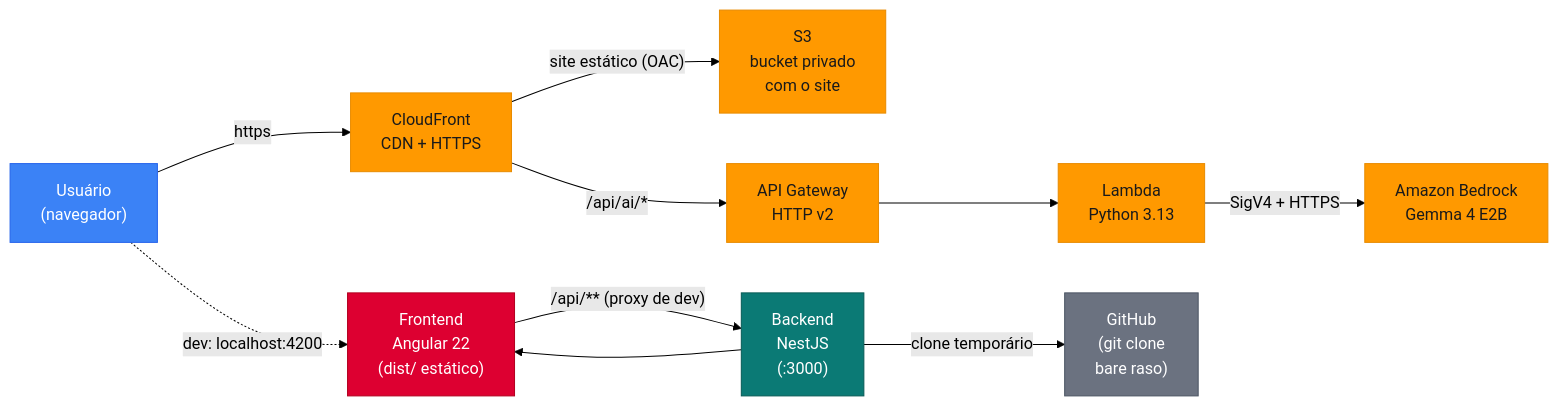
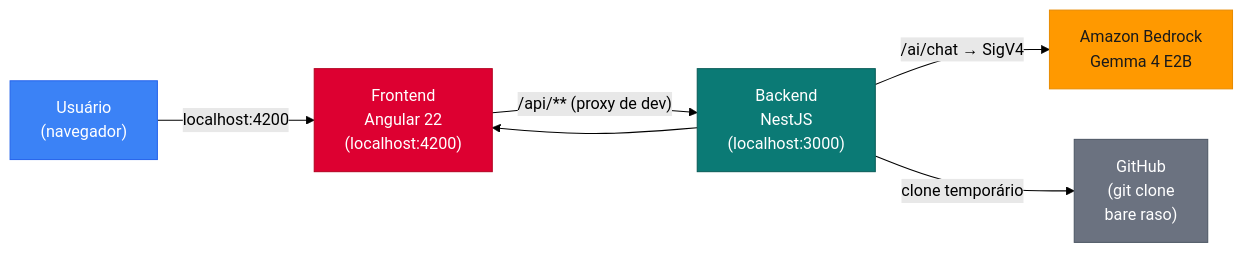
One commit to nathan270109/project-conscious changed the third of 8 diagrams in docs/visao-geral-do-projeto.md. Above: the diagram before and after it, drawn with Mermaid (forest theme). The commit also changed other lines of this file and 40 other files, not shown here.

````diff
--- a/docs/visao-geral-do-projeto.md
+++ b/docs/visao-geral-do-projeto.md
@@ -88,34 +88,26 @@
 ```mermaid
 flowchart LR
   U["Usuário\n(navegador)"]
-  FE["Frontend\nAngular 22\n(dist/ estático)"]
-  CF["CloudFront\nCDN + HTTPS"]
-  S3["S3\nbucket privado\ncom o site"]
-  BE["Backend\nNestJS\n(:3000)"]
+  FE["Frontend\nAngular 22\n(localhost:4200)"]
+  BE["Backend\nNestJS\n(localhost:3000)"]
   GIT["GitHub\n(git clone\nbare raso)"]
-  APG["API Gateway\nHTTP v2"]
-  LMB["Lambda\nPython 3.13"]
   BR["Amazon Bedrock\nGemma 4 E2B"]
 
-  U -->|"https"| CF
-  CF -->|"site estático (OAC)"| S3
-  CF -->|"/api/ai/*"| APG
-  APG --> LMB
-  LMB -->|"SigV4 + HTTPS"| BR
-  U -.->|"dev: localhost:4200"| FE
+  U -->|"localhost:4200"| FE
   FE -->|"/api/** (proxy de dev)"| BE
+  BE -->|"/ai/chat → SigV4"| BR
   BE -->|"clone temporário"| GIT
   BE --> FE
 
   classDef aws fill:#FF9900,color:#1a1a1a,stroke:#E88B00
   classDef front fill:#DD0031,color:#fff,stroke:#B3001F
   classDef back fill:#0B7A75,color:#fff,stroke:#085B56
   classDef ext fill:#6B7280,color:#fff,stroke:#4B5563
   classDef usr fill:#3B82F6,color:#fff,stroke:#2563EB
 
-  class S3,CF,APG,LMB,BR aws
+  class BR aws
   class FE front
   class BE back
   class GIT ext
   class U usr
 ```
````
